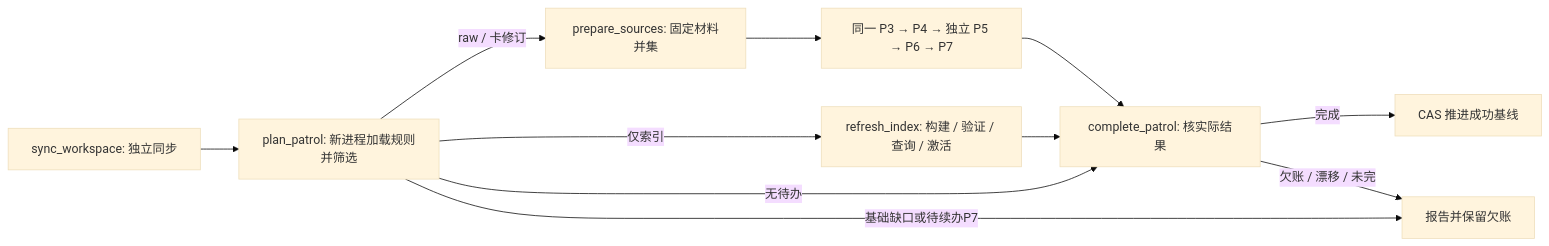
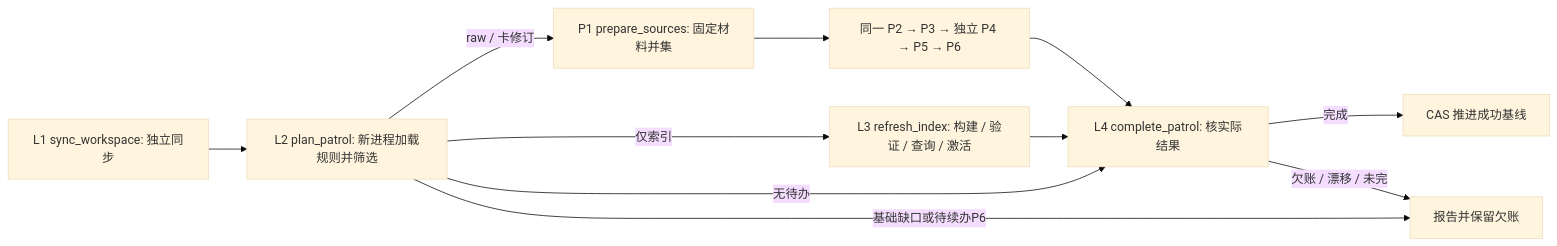
One commit to Robin-hhc/FactumCore changed the sixth of 27 diagrams in himate/himate-knowledge-wifi-mp/docs-llm-wiki/知识库详细设计.md. Above: the diagram before and after it, drawn with Mermaid (base theme). The commit also changed other lines of this file and 190 other files, not shown here.

````diff
--- a/himate/himate-knowledge-wifi-mp/docs-llm-wiki/知识库详细设计.md
+++ b/himate/himate-knowledge-wifi-mp/docs-llm-wiki/知识库详细设计.md
@@ -257,13 +256,13 @@
 ```mermaid
 flowchart LR
-    S[sync_workspace: 独立同步] --> P[plan_patrol: 新进程加载规则并筛选]
-    P -->|raw / 卡修订| M[prepare_sources: 固定材料并集]
-    M --> A[同一 P3 → P4 → 独立 P5 → P6 → P7]
-    P -->|仅索引| I[refresh_index: 构建 / 验证 / 查询 / 激活]
-    P -->|无待办| C[complete_patrol: 核实际结果]
+    S[L1 sync_workspace: 独立同步] --> P[L2 plan_patrol: 新进程加载规则并筛选]
+    P -->|raw / 卡修订| M[P1 prepare_sources: 固定材料并集]
+    M --> A[同一 P2 → P3 → 独立 P4 → P5 → P6]
+    P -->|仅索引| I[L3 refresh_index: 构建 / 验证 / 查询 / 激活]
+    P -->|无待办| C[L4 complete_patrol: 核实际结果]
     A --> C
     I --> C
     C -->|完成| E[CAS 推进成功基线]
-    P -->|基础缺口或待续办P7| R[报告并保留欠账]
+    P -->|基础缺口或待续办P6| R[报告并保留欠账]
     C -->|欠账 / 漂移 / 未完| R
 ```
````
